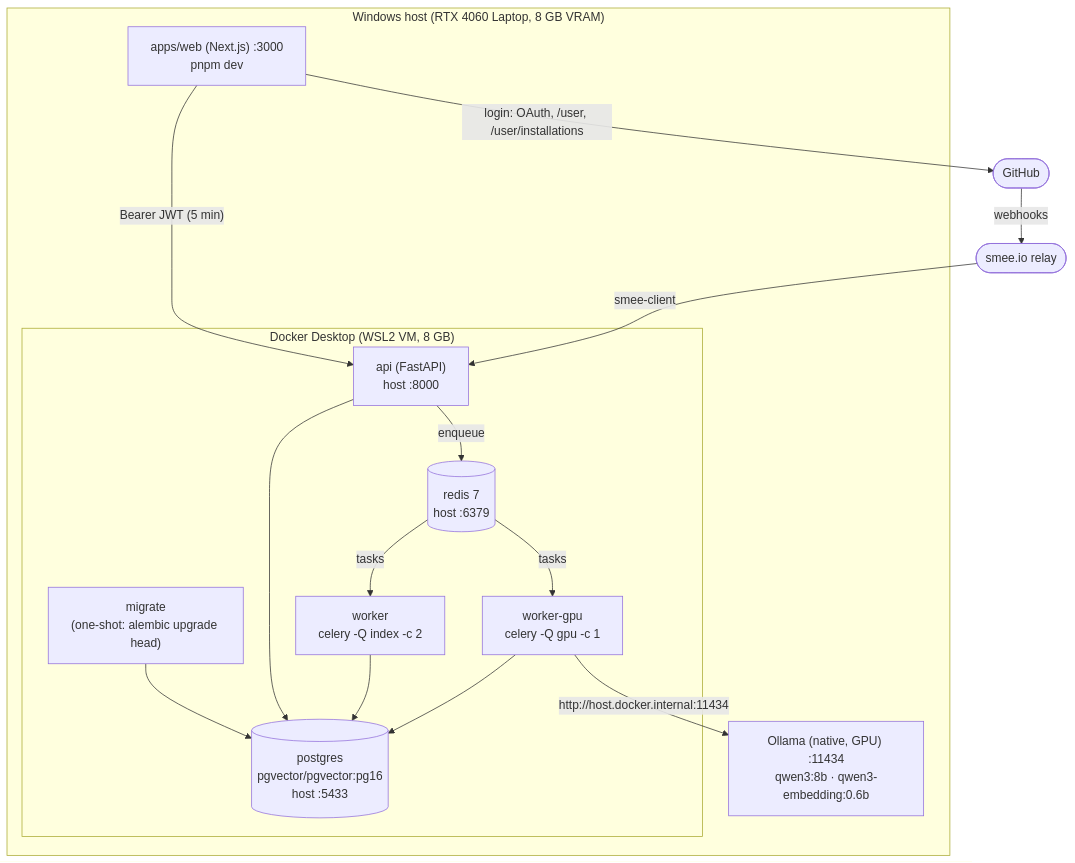
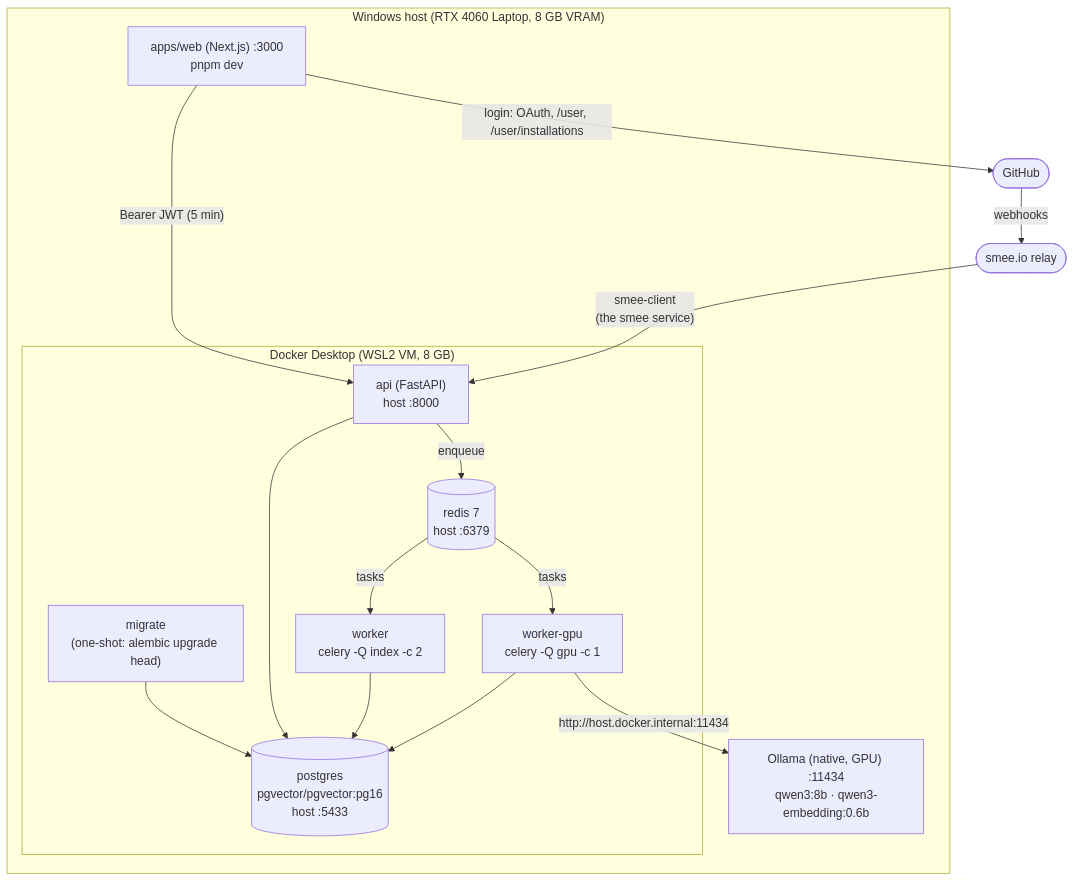
The second of 12 diagrams in architecture.md (RAIF-KARANI/codelens), drawn with Mermaid before and after one commit. The commit also changed other lines of this file and 5 other files, not shown here.

````diff
--- a/architecture.md
+++ b/architecture.md
@@ -103,26 +106,26 @@
 ```mermaid
 flowchart TB
     subgraph host["Windows host (RTX 4060 Laptop, 8 GB VRAM)"]
         OL["Ollama (native, GPU) :11434<br/>qwen3:8b · qwen3-embedding:0.6b"]
         WEB["apps/web (Next.js) :3000<br/>pnpm dev"]
         subgraph docker["Docker Desktop (WSL2 VM, 8 GB)"]
             PG[("postgres<br/>pgvector/pgvector:pg16<br/>host :5433")]
             RD[("redis 7<br/>host :6379")]
             MIG["migrate<br/>(one-shot: alembic upgrade head)"]
             API["api (FastAPI)<br/>host :8000"]
             WI["worker<br/>celery -Q index -c 2"]
             WG["worker-gpu<br/>celery -Q gpu -c 1"]
         end
     end
     WEB -- "Bearer JWT (5 min)" --> API
     WEB -- "login: OAuth, /user, /user/installations" --> GH
-    GH(["GitHub"]) -- webhooks --> SMEE(["smee.io relay"]) -- "smee-client" --> API
+    GH(["GitHub"]) -- webhooks --> SMEE(["smee.io relay"]) -- "smee-client<br/>(the smee service)" --> API
     MIG --> PG
     API --> PG
     API -- enqueue --> RD
     RD -- tasks --> WI
     RD -- tasks --> WG
     WI --> PG
     WG --> PG
     WG -- "http://host.docker.internal:11434" --> OL
 ```
````
